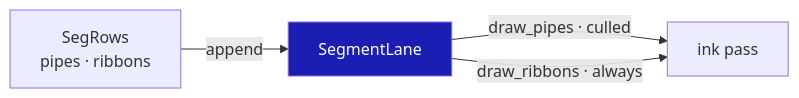
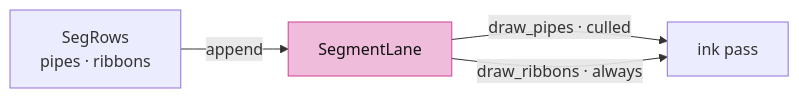
One commit to petrasvestartas/session changed the third of 6 diagrams in session_viewer/docs/04b-strokes.md. Above: the diagram before and after it, drawn with Mermaid. The commit also changed other lines of this file and 23 other files, not shown here.

Commit message:
Course: Mermaid nodes white with black text, highlighted nodes pink, white arrows and edge labels on the black ground

````diff
--- a/session_viewer/docs/04b-strokes.md
+++ b/session_viewer/docs/04b-strokes.md
@@ -46,7 +46,7 @@
 ```mermaid
 flowchart LR
     SR["SegRows<br/>pipes · ribbons"] -- "append" --> SL["SegmentLane"]
     SL -- "draw_pipes · culled" --> P["ink pass"]
     SL -- "draw_ribbons · always" --> P
-    style SL fill:#1a1eb2,color:#fff
+    style SL fill:#f0bcdb,stroke:#ce4095,color:#111
 ```
````
